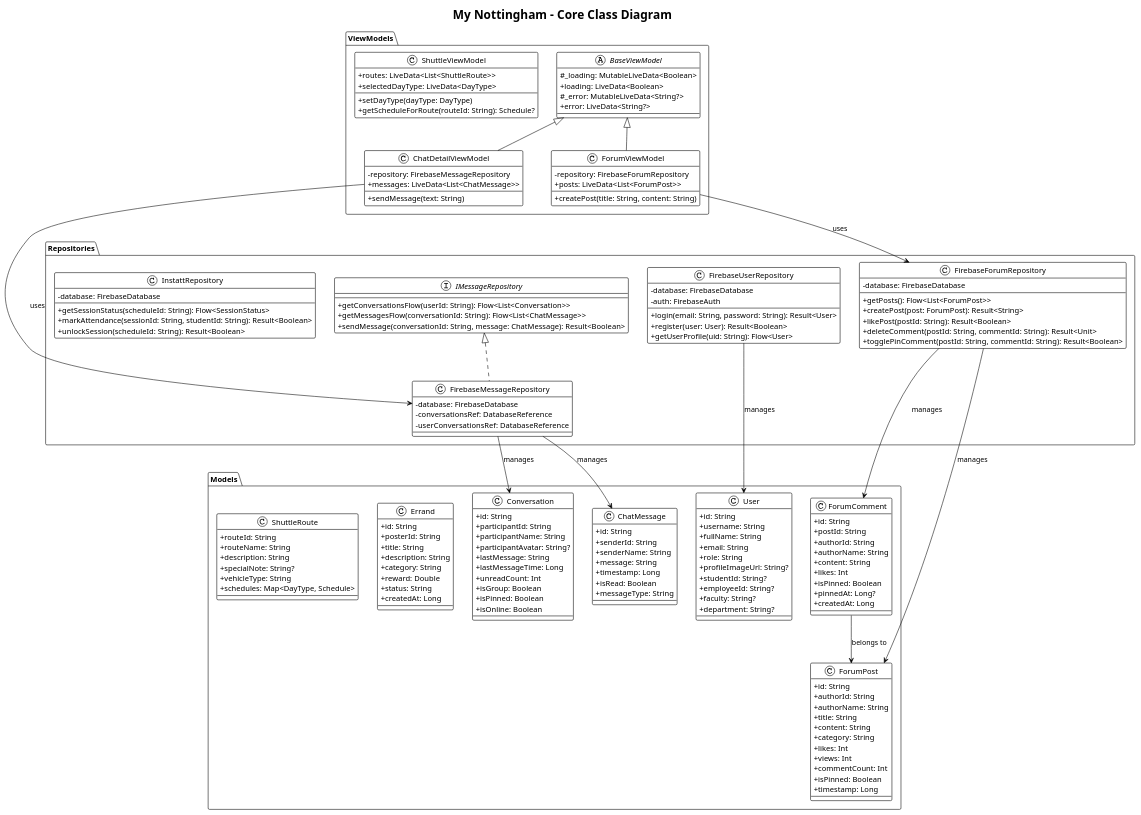
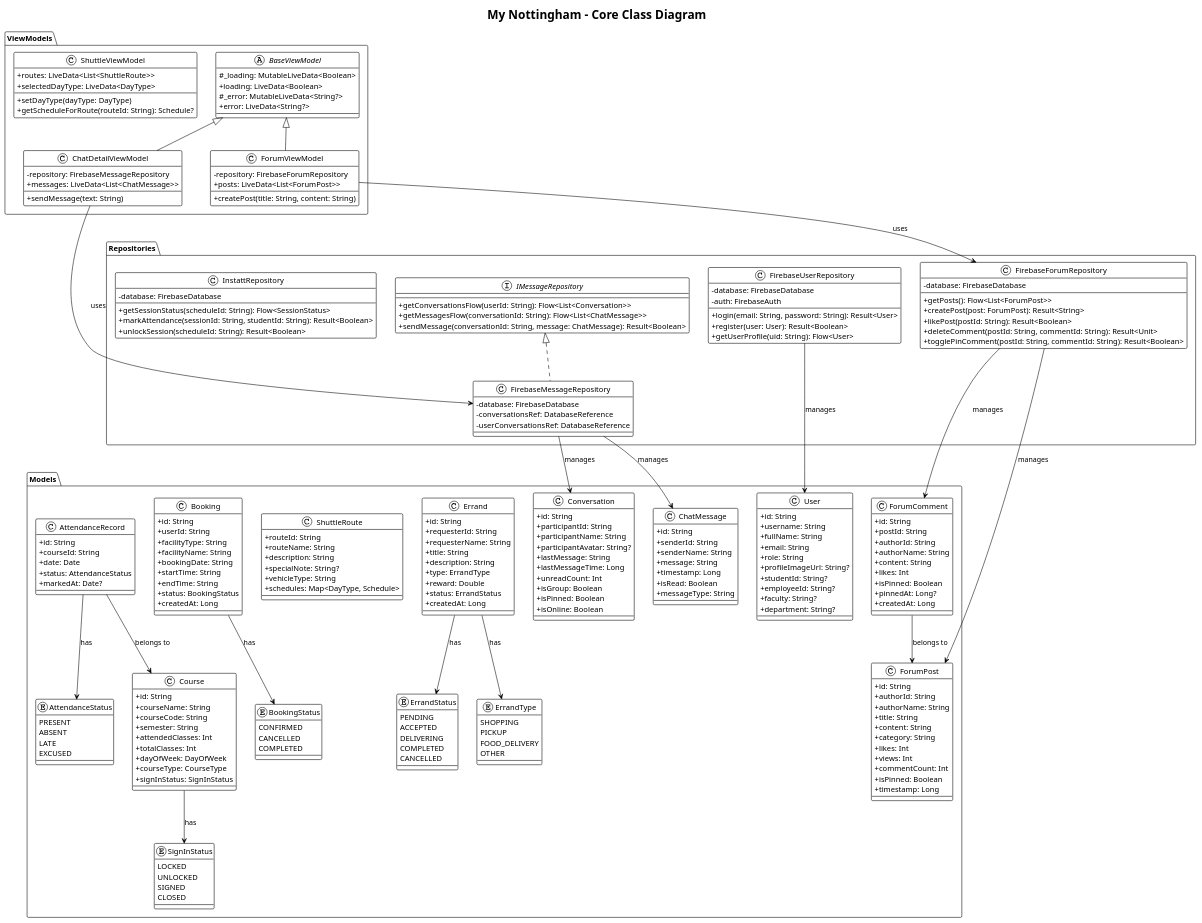
The diagram in docs/uml/class_diagram.puml (COMP3040-2025-2026/cw-2-group-b), drawn with PlantUML before and after one commit. The commit also changed 4 other files, not shown here.

First line of the commit message:
docs: Update class diagram and fix LaTeX Kotlin language error

```diff
--- a/docs/uml/class_diagram.puml
+++ b/docs/uml/class_diagram.puml
@@ -69,12 +69,13 @@
 
     class Errand {
         +id: String
-        +posterId: String
+        +requesterId: String
+        +requesterName: String
         +title: String
         +description: String
-        +category: String
+        +type: ErrandType
         +reward: Double
-        +status: String
+        +status: ErrandStatus
         +createdAt: Long
     }
 
@@ -85,6 +86,73 @@
         +specialNote: String?
         +vehicleType: String
         +schedules: Map<DayType, Schedule>
+    }
+
+    class Booking {
+        +id: String
+        +userId: String
+        +facilityType: String
+        +facilityName: String
+        +bookingDate: String
+        +startTime: String
+        +endTime: String
+        +status: BookingStatus
+        +createdAt: Long
+    }
+
+    class Course {
+        +id: String
+        +courseName: String
+        +courseCode: String
+        +semester: String
+        +attendedClasses: Int
+        +totalClasses: Int
+        +dayOfWeek: DayOfWeek
+        +courseType: CourseType
+        +signInStatus: SignInStatus
+    }
+
+    class AttendanceRecord {
+        +id: String
+        +courseId: String
+        +date: Date
+        +status: AttendanceStatus
+        +markedAt: Date?
+    }
+
+    enum BookingStatus {
+        CONFIRMED
+        CANCELLED
+        COMPLETED
+    }
+
+    enum ErrandType {
+        SHOPPING
+        PICKUP
+        FOOD_DELIVERY
+        OTHER
+    }
+
+    enum ErrandStatus {
+        PENDING
+        ACCEPTED
+        DELIVERING
+        COMPLETED
+        CANCELLED
+    }
+
+    enum AttendanceStatus {
+        PRESENT
+        ABSENT
+        LATE
+        EXCUSED
+    }
+
+    enum SignInStatus {
+        LOCKED
+        UNLOCKED
+        SIGNED
+        CLOSED
     }
 }
 
@@ -163,4 +231,11 @@
 FirebaseForumRepository --> ForumComment : manages
 ForumComment --> ForumPost : belongs to
 
+Booking --> BookingStatus : has
+Errand --> ErrandType : has
+Errand --> ErrandStatus : has
+Course --> SignInStatus : has
+AttendanceRecord --> AttendanceStatus : has
+AttendanceRecord --> Course : belongs to
+
 @enduml
```
